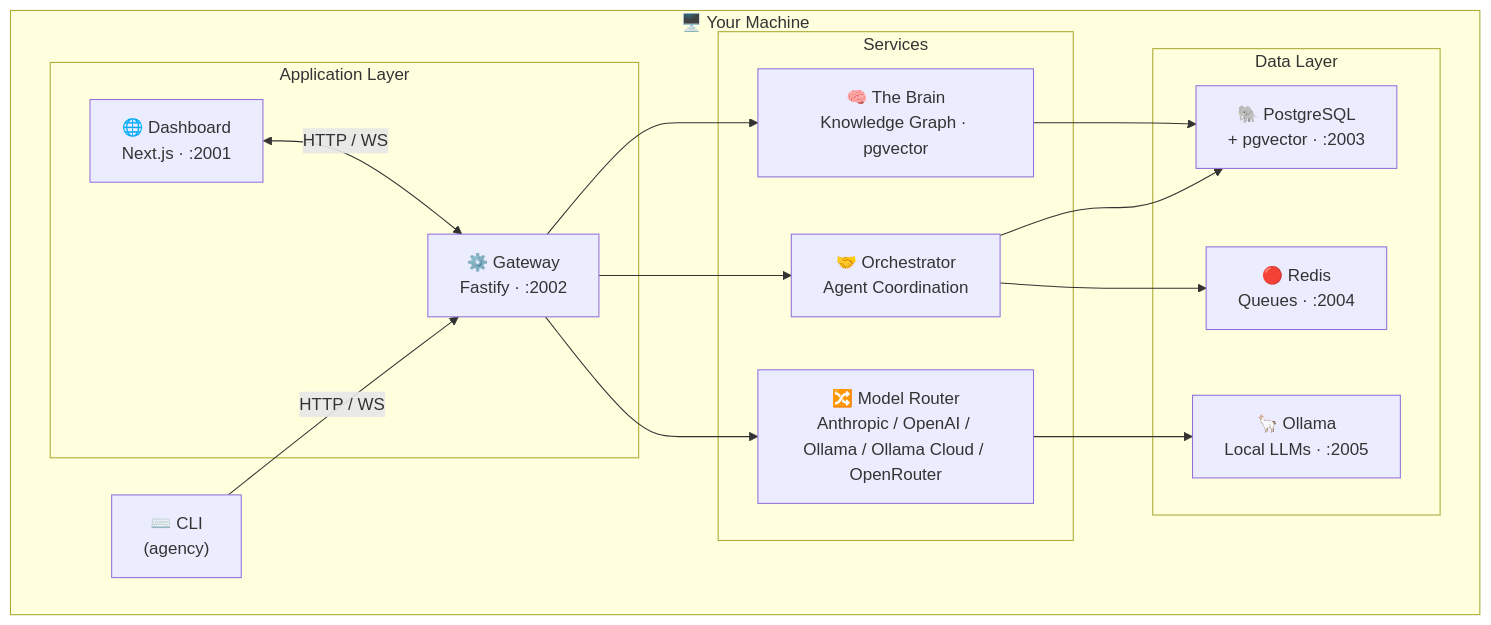
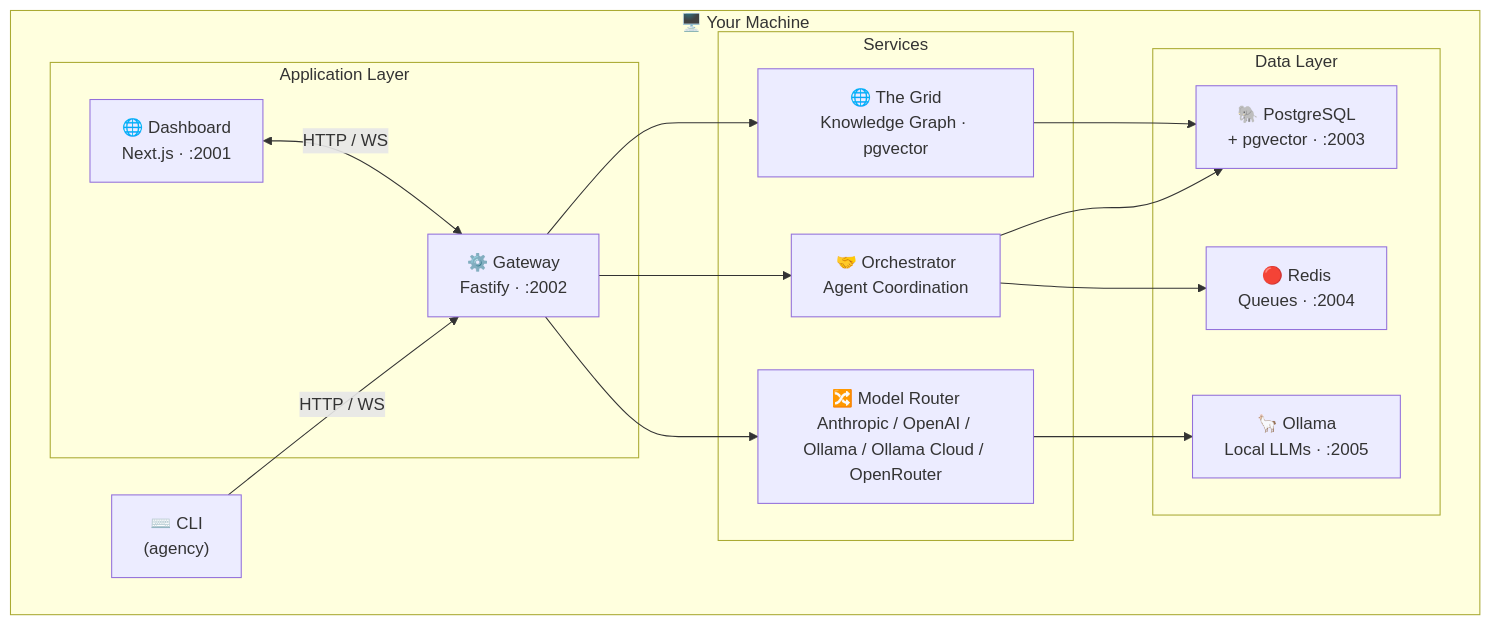
Before and after one commit to SinthetikIndustries/Agency: the diagram in README.md, drawn with Mermaid. The commit also changed other lines of this file, not shown here.

Commit message:
docs: update README — SYST/PRIM programs, Brain → Grid throughout

````diff
--- a/README.md
+++ b/README.md
@@ -64,33 +64,33 @@
 ```mermaid
 graph TB
     subgraph You["🖥️ Your Machine"]
         CLI["⌨️ CLI<br/>(agency)"]
 
         subgraph App["Application Layer"]
             Dashboard["🌐 Dashboard<br/>Next.js · :2001"]
             Gateway["⚙️ Gateway<br/>Fastify · :2002"]
         end
 
         subgraph Services["Services"]
             Orchestrator["🤝 Orchestrator<br/>Agent Coordination"]
             ModelRouter["🔀 Model Router<br/>Anthropic / OpenAI / Ollama / Ollama Cloud / OpenRouter"]
-            TheBrain["🧠 The Brain<br/>Knowledge Graph · pgvector"]
+            TheGrid["🌐 The Grid<br/>Knowledge Graph · pgvector"]
         end
 
         subgraph Data["Data Layer"]
             Postgres["🐘 PostgreSQL<br/>+ pgvector · :2003"]
             Redis["🔴 Redis<br/>Queues · :2004"]
             Ollama["🦙 Ollama<br/>Local LLMs · :2005"]
         end
     end
 
     CLI -->|"HTTP / WS"| Gateway
     Dashboard <-->|"HTTP / WS"| Gateway
     Gateway --> Orchestrator
     Gateway --> ModelRouter
-    Gateway --> TheBrain
+    Gateway --> TheGrid
     Orchestrator --> Postgres
     Orchestrator --> Redis
     ModelRouter --> Ollama
-    TheBrain --> Postgres
+    TheGrid --> Postgres
 ```
````
